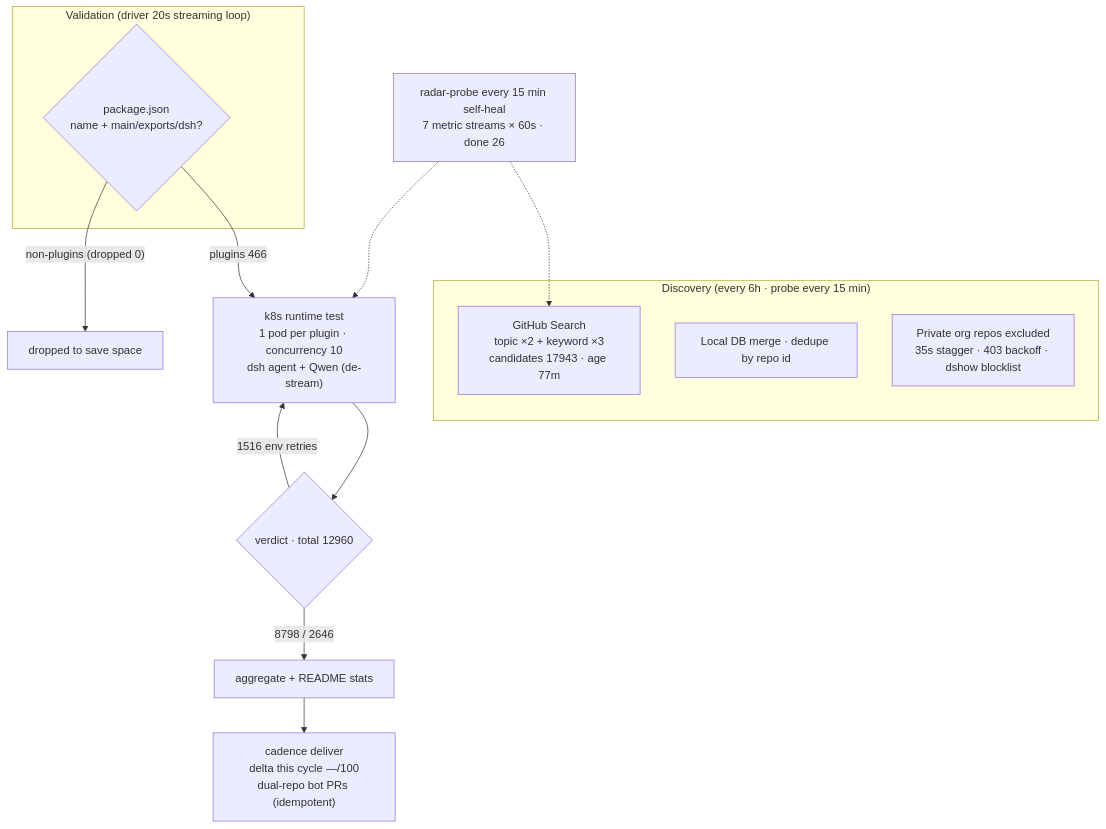
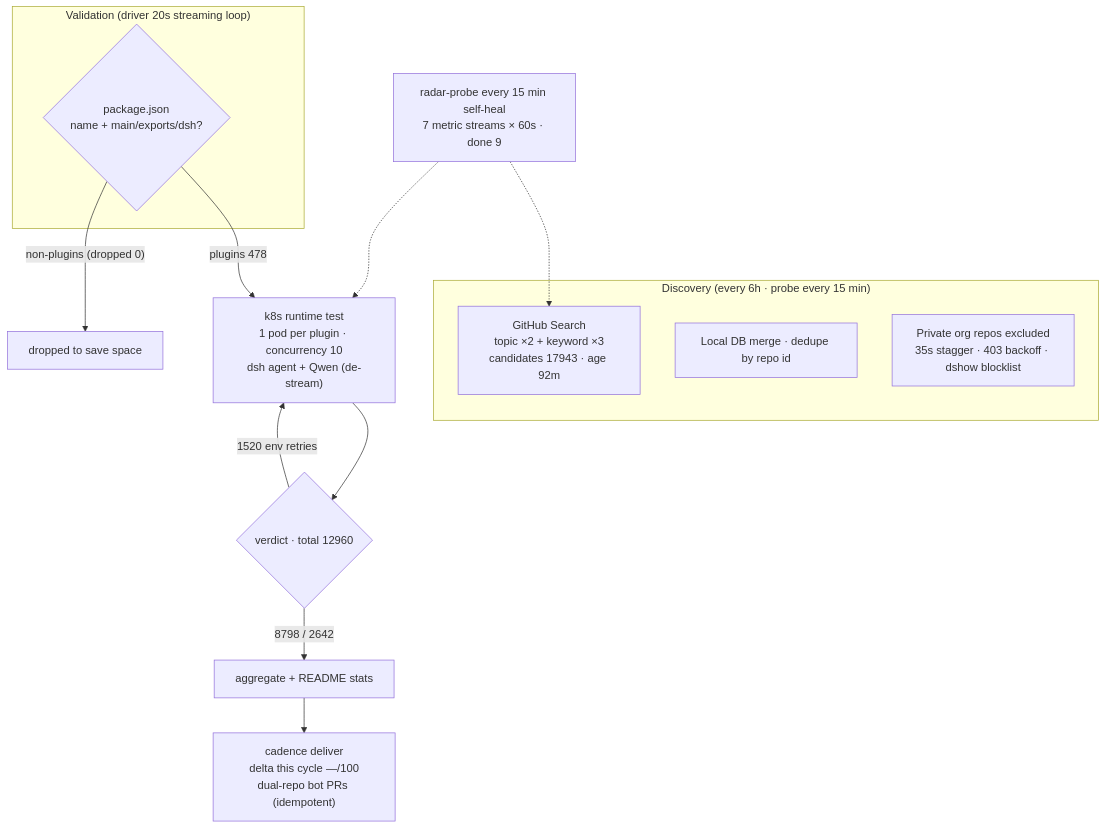
One commit to AdamPlatin123/awesome-dsh-plugins changed the diagram in README.en-US.md. Above: the diagram before and after it, drawn with Mermaid. The commit also changed other lines of this file and 5 other files, not shown here.

````diff
--- a/README.en-US.md
+++ b/README.en-US.md
@@ -45,20 +45,20 @@
 ```mermaid
 flowchart TB
     subgraph Discovery["Discovery (every 6h · probe every 15 min)"]
-        A1["GitHub Search<br/>topic ×2 + keyword ×3<br/>candidates 17943 · age 77m"]
+        A1["GitHub Search<br/>topic ×2 + keyword ×3<br/>candidates 17943 · age 92m"]
         A2["Local DB merge · dedupe by repo id"]
         A3["Private org repos excluded<br/>35s stagger · 403 backoff · dshow blocklist"]
     end
     subgraph Validation["Validation (driver 20s streaming loop)"]
         B1{"package.json<br/>name + main/exports/dsh?"}
     end
-    B1 -->|"plugins 466"| C1["k8s runtime test<br/>1 pod per plugin · concurrency 10<br/>dsh agent + Qwen (de-stream)"]
+    B1 -->|"plugins 478"| C1["k8s runtime test<br/>1 pod per plugin · concurrency 10<br/>dsh agent + Qwen (de-stream)"]
     B1 -->|"non-plugins (dropped 0)"| B3["dropped to save space"]
     C1 --> D1{"verdict · total 12960"}
-    D1 -->|"8798 / 2646"| E1["aggregate + README stats"]
-    D1 -->|"1516 env retries"| C1
+    D1 -->|"8798 / 2642"| E1["aggregate + README stats"]
+    D1 -->|"1520 env retries"| C1
     E1 --> E2["cadence deliver<br/>delta this cycle —/100<br/>dual-repo bot PRs (idempotent)"]
-    M["radar-probe every 15 min self-heal<br/>7 metric streams × 60s · done 26"]
+    M["radar-probe every 15 min self-heal<br/>7 metric streams × 60s · done 9"]
     M -.-> A1
     M -.-> C1
 ```
````
